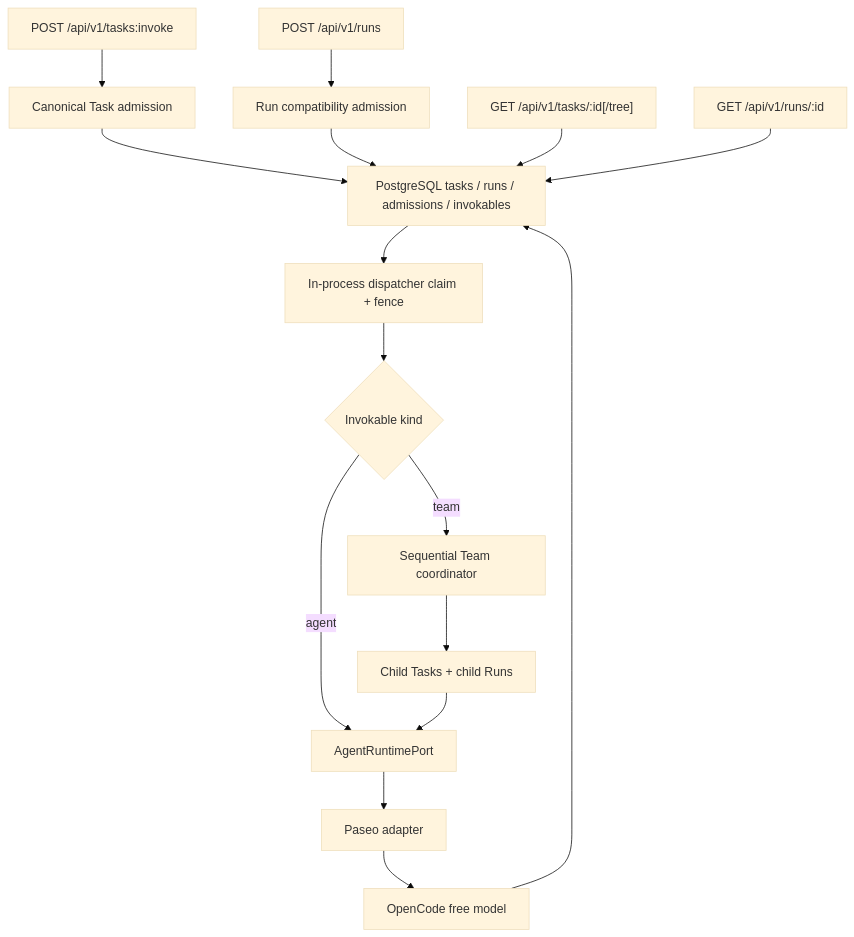
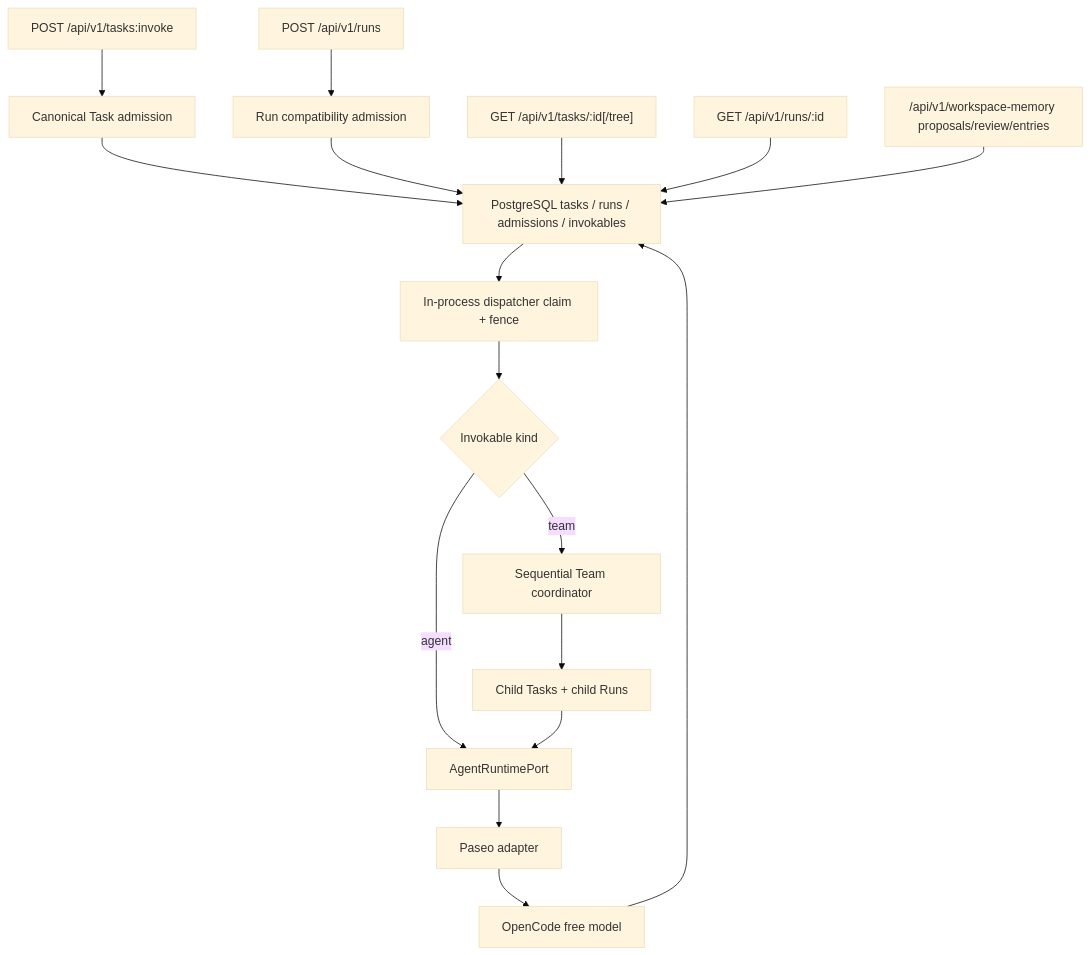
The diagram in README.md (atomlink-ye/agent-server), drawn with Mermaid (base theme) before and after one commit. The commit also changed other lines of this file and 30 other files, not shown here.

Commit message:
Implement Workspace Memory Proposal MVP

````diff
--- a/README.md
+++ b/README.md
@@ -7,18 +7,19 @@
 ```mermaid
 flowchart TD
     A["POST /api/v1/tasks:invoke"] --> B["Canonical Task admission"]
     J["POST /api/v1/runs"] --> C["Run compatibility admission"]
     B --> D["PostgreSQL tasks / runs / admissions / invokables"]
     C --> D
     D --> E["In-process dispatcher claim + fence"]
     E --> F{"Invokable kind"}
     F -->|agent| G["AgentRuntimePort"]
     F -->|team| H["Sequential Team coordinator"]
     H --> I["Child Tasks + child Runs"]
     I --> G
     G --> K["Paseo adapter"]
     K --> L["OpenCode free model"]
     L --> D
     M["GET /api/v1/tasks/:id[/tree]"] --> D
     N["GET /api/v1/runs/:id"] --> D
+    O["/api/v1/workspace-memory proposals/review/entries"] --> D
 ```
````
